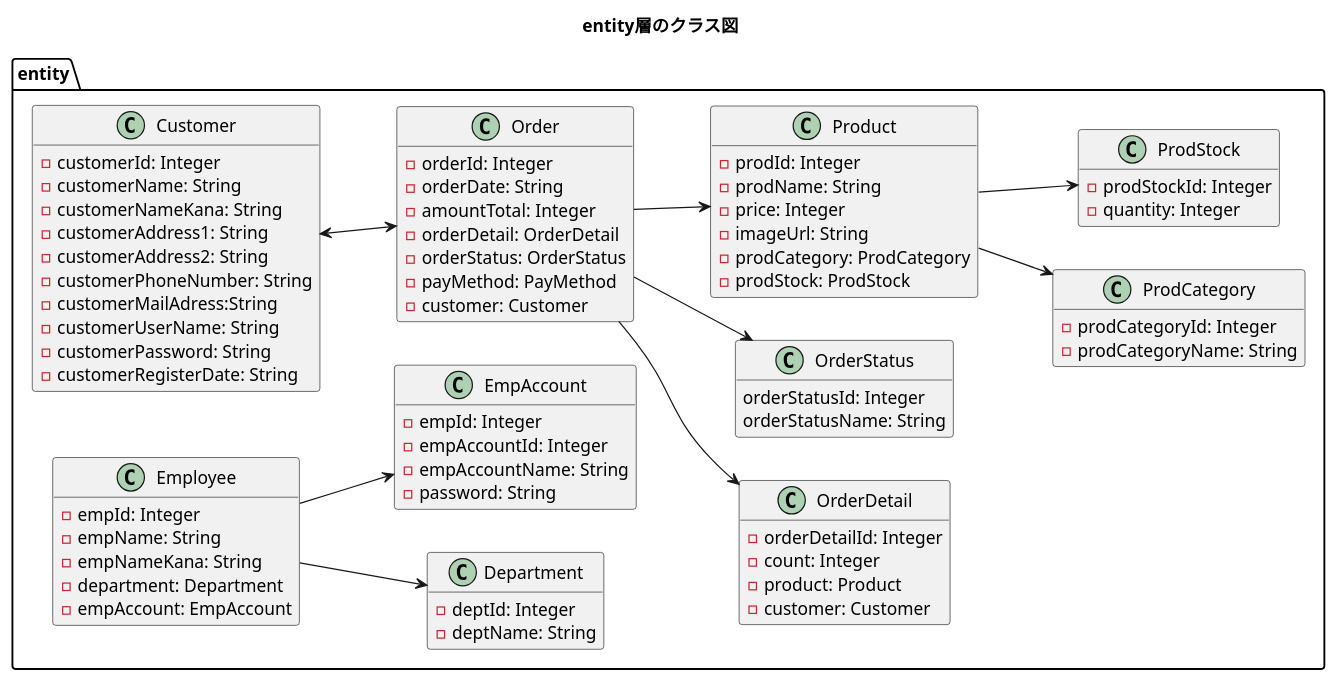
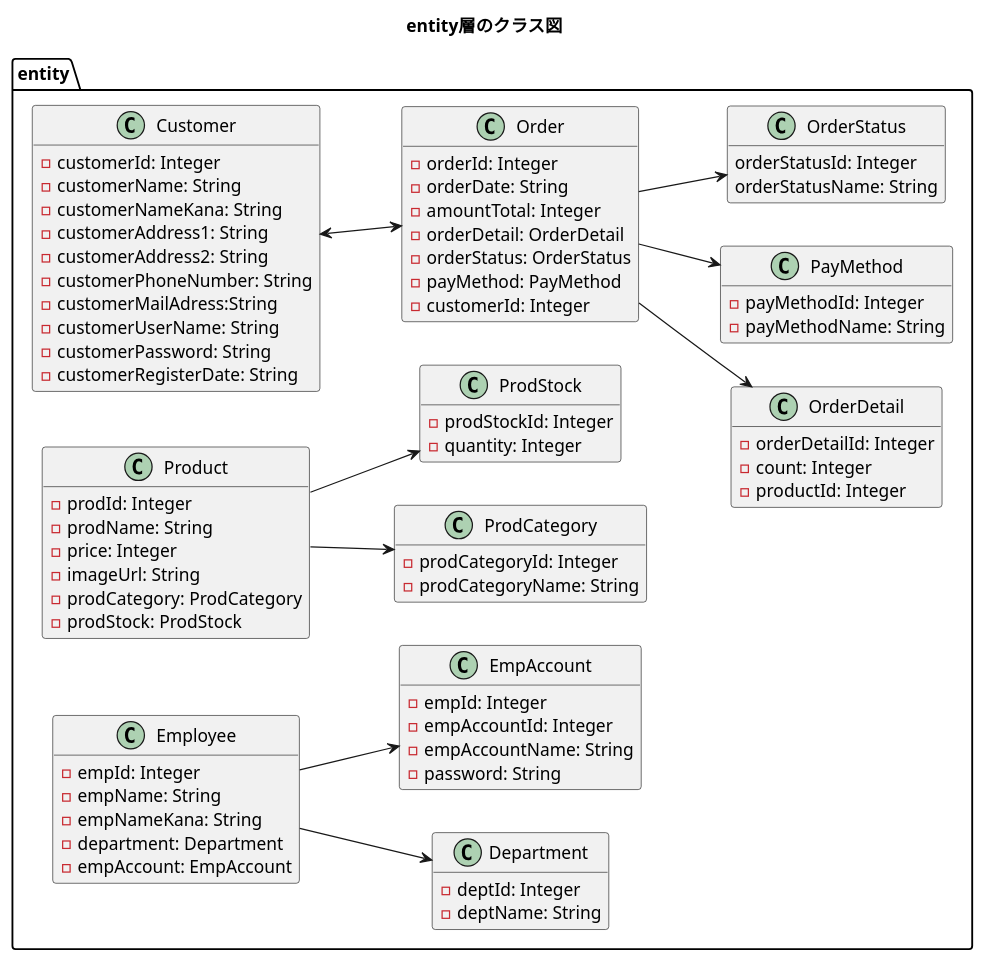
The diagram in plan/uml/class/entity.plantuml (kanavii3333/ec-b), drawn with PlantUML before and after one commit. The commit also changed 2 other files, not shown here.

```diff
--- a/plan/uml/class/entity.plantuml
+++ b/plan/uml/class/entity.plantuml
@@ -1,90 +1,94 @@
 @startuml
 title entity層のクラス図
 hide empty members
 left to right direction
 
 package entity{
     class Customer{
         -customerId: Integer
         -customerName: String
         -customerNameKana: String
         -customerAddress1: String
         -customerAddress2: String
         -customerPhoneNumber: String
         -customerMailAdress:String
         -customerUserName: String
         -customerPassword: String
         -customerRegisterDate: String
     }
 
     class Order{
         -orderId: Integer
         -orderDate: String
         -amountTotal: Integer
         -orderDetail: OrderDetail
         -orderStatus: OrderStatus
         -payMethod: PayMethod
-        -customer: Customer
+        -customerId: Integer
     }
 
     class OrderDetail{
         -orderDetailId: Integer
         -count: Integer
-        -product: Product
-        -customer: Customer
+        -productId: Integer
+    }
+    
+    class PayMethod{
+    	-payMethodId: Integer
+    	-payMethodName: String
     }
 
     class OrderStatus{
         orderStatusId: Integer
         orderStatusName: String
     }
 
     class Product{
         -prodId: Integer
         -prodName: String
         -price: Integer
         -imageUrl: String
         -prodCategory: ProdCategory
         -prodStock: ProdStock
     }
 
     class ProdCategory{
         -prodCategoryId: Integer
         -prodCategoryName: String
     }
 
     class ProdStock{
         -prodStockId: Integer
         -quantity: Integer
     }
 
     class Employee{
         -empId: Integer
         -empName: String
         -empNameKana: String
         -department: Department
         -empAccount: EmpAccount
     }
 
     class Department{
         -deptId: Integer
         -deptName: String
     }
 
     class EmpAccount{
     	-empId: Integer
         -empAccountId: Integer
         -empAccountName: String
         -password: String
     }
 }
 
 Customer <--> Order
 Order --> OrderStatus
 Order --> OrderDetail
-Order --> Product
+Order --> PayMethod
 Product --> ProdStock
 Product --> ProdCategory
 Employee --> EmpAccount
 Employee --> Department
 @enduml
```
